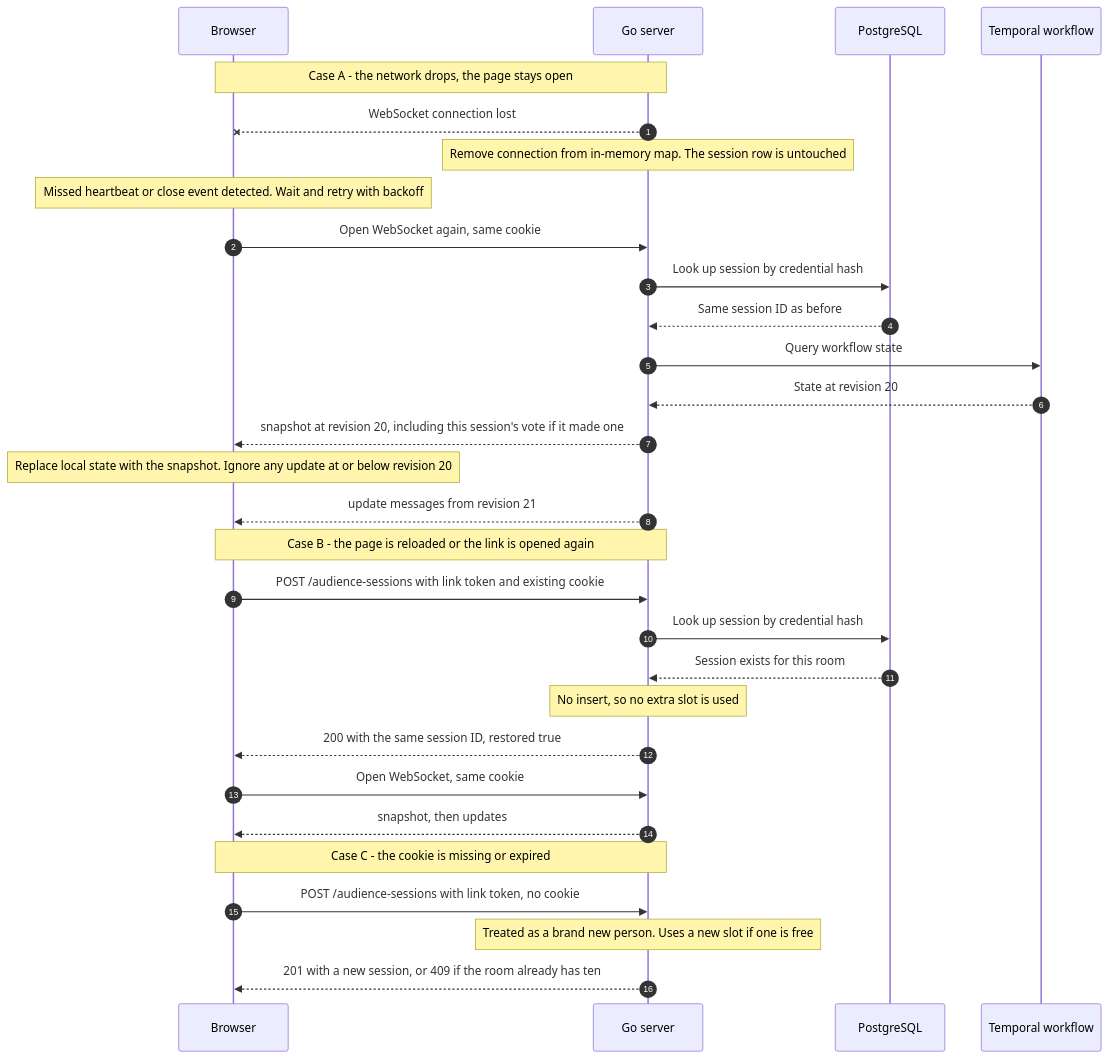
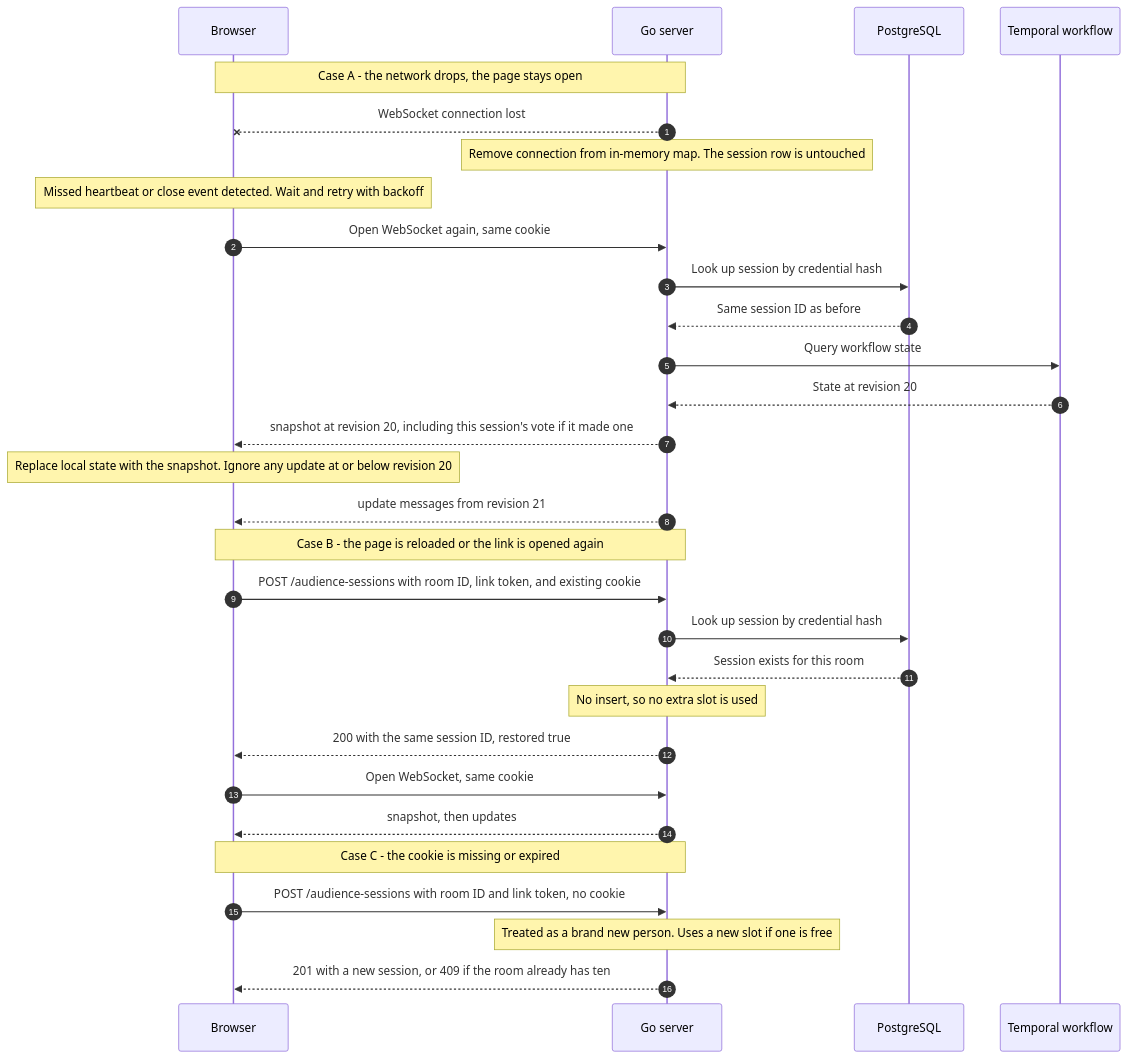
The third of 3 diagrams in docs/audience-session.md (conghan-tay/MonsterTheatre_01), drawn with Mermaid before and after one commit. The commit also changed other lines of this file and 23 other files, not shown here.

````diff
--- a/docs/audience-session.md
+++ b/docs/audience-session.md
@@ -129,35 +130,35 @@
 ```mermaid
 sequenceDiagram
     autonumber
     participant B as Browser
     participant S as Go server
     participant DB as PostgreSQL
     participant T as Temporal workflow
 
     Note over B,S: Case A - the network drops, the page stays open
     S--xB: WebSocket connection lost
     Note over S: Remove connection from in-memory map. The session row is untouched
     Note over B: Missed heartbeat or close event detected. Wait and retry with backoff
     B->>S: Open WebSocket again, same cookie
     S->>DB: Look up session by credential hash
     DB-->>S: Same session ID as before
     S->>T: Query workflow state
     T-->>S: State at revision 20
     S-->>B: snapshot at revision 20, including this session's vote if it made one
     Note over B: Replace local state with the snapshot. Ignore any update at or below revision 20
     S-->>B: update messages from revision 21
 
     Note over B,S: Case B - the page is reloaded or the link is opened again
-    B->>S: POST /audience-sessions with link token and existing cookie
+    B->>S: POST /audience-sessions with room ID, link token, and existing cookie
     S->>DB: Look up session by credential hash
     DB-->>S: Session exists for this room
     Note over S: No insert, so no extra slot is used
     S-->>B: 200 with the same session ID, restored true
     B->>S: Open WebSocket, same cookie
     S-->>B: snapshot, then updates
 
     Note over B,S: Case C - the cookie is missing or expired
-    B->>S: POST /audience-sessions with link token, no cookie
+    B->>S: POST /audience-sessions with room ID and link token, no cookie
     Note over S: Treated as a brand new person. Uses a new slot if one is free
     S-->>B: 201 with a new session, or 409 if the room already has ten
 ```
````
